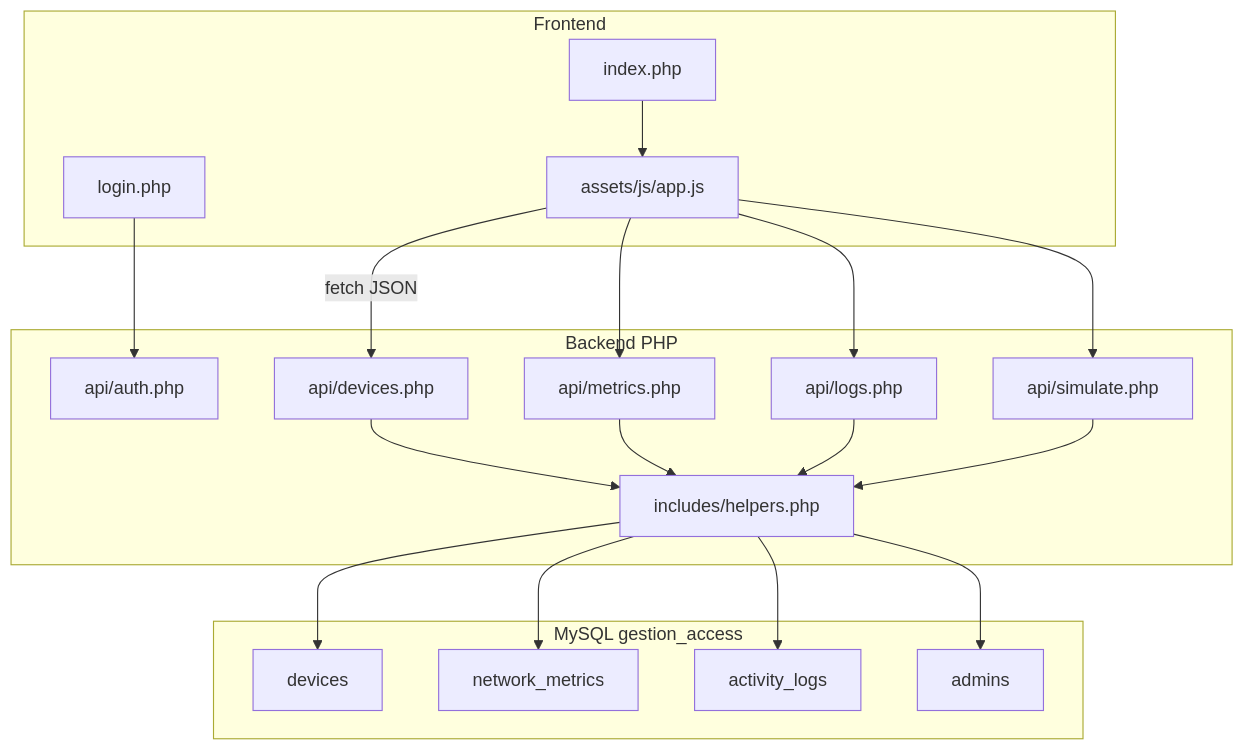
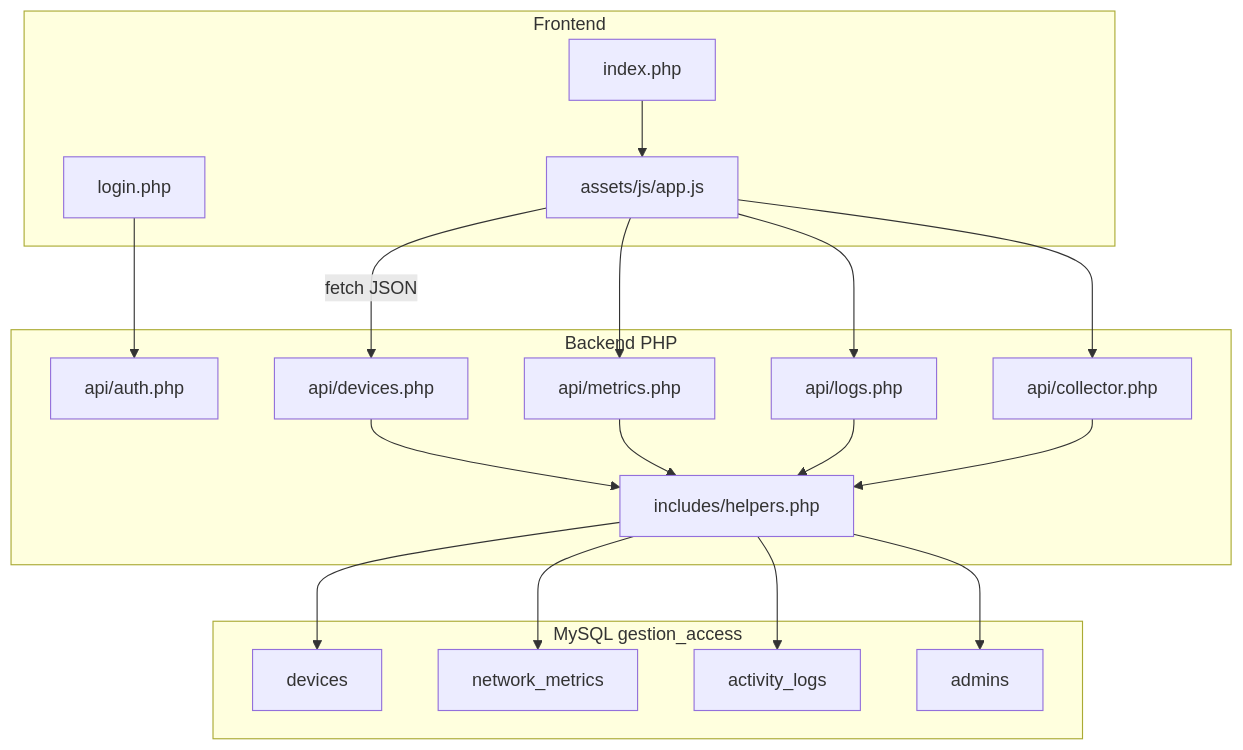
Before and after one commit to davidng09/Gestion_Access: the diagram in README.md, drawn with Mermaid. The commit also changed other lines of this file and 31 other files, not shown here.

````diff
--- a/README.md
+++ b/README.md
@@ -138,36 +226,36 @@
 ```mermaid
 flowchart TB
     subgraph client [Frontend]
         login[login.php]
         index[index.php]
         js[assets/js/app.js]
     end
     subgraph server [Backend PHP]
         auth[api/auth.php]
         devices[api/devices.php]
         metrics[api/metrics.php]
         logs[api/logs.php]
-        simulate[api/simulate.php]
+        collector[api/collector.php]
         helpers[includes/helpers.php]
     end
     subgraph data [MySQL gestion_access]
         tbl_devices[devices]
         tbl_metrics[network_metrics]
         tbl_logs[activity_logs]
         tbl_admins[admins]
     end
     login --> auth
     index --> js
     js -->|fetch JSON| devices
     js --> metrics
     js --> logs
-    js --> simulate
+    js --> collector
     devices --> helpers
     metrics --> helpers
     logs --> helpers
-    simulate --> helpers
+    collector --> helpers
     helpers --> tbl_devices
     helpers --> tbl_metrics
     helpers --> tbl_logs
     helpers --> tbl_admins
 ```
````
